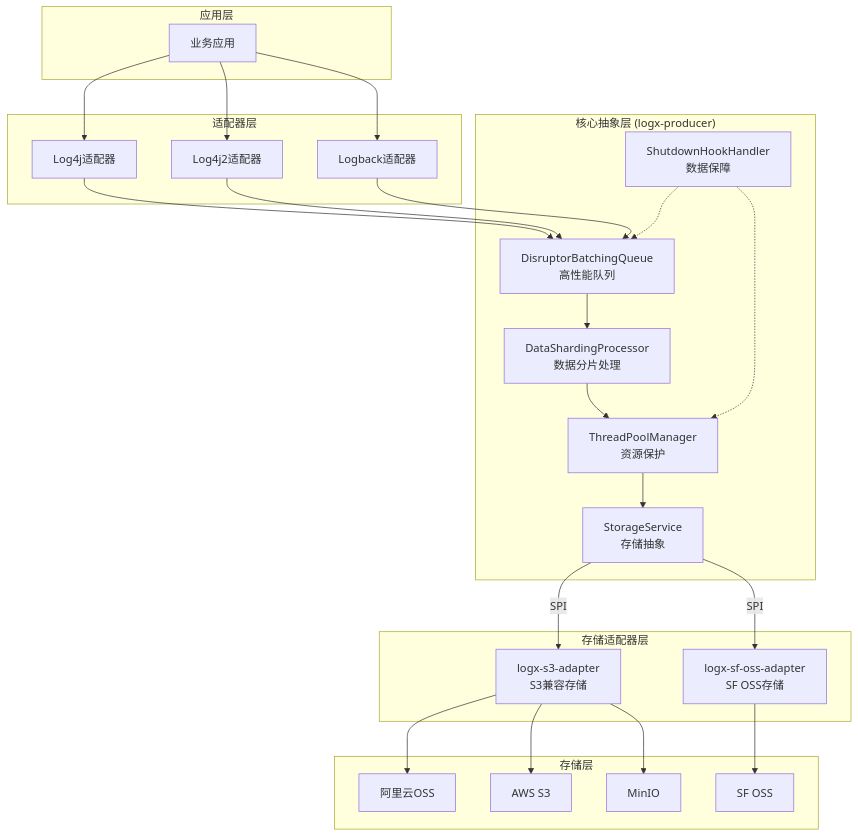
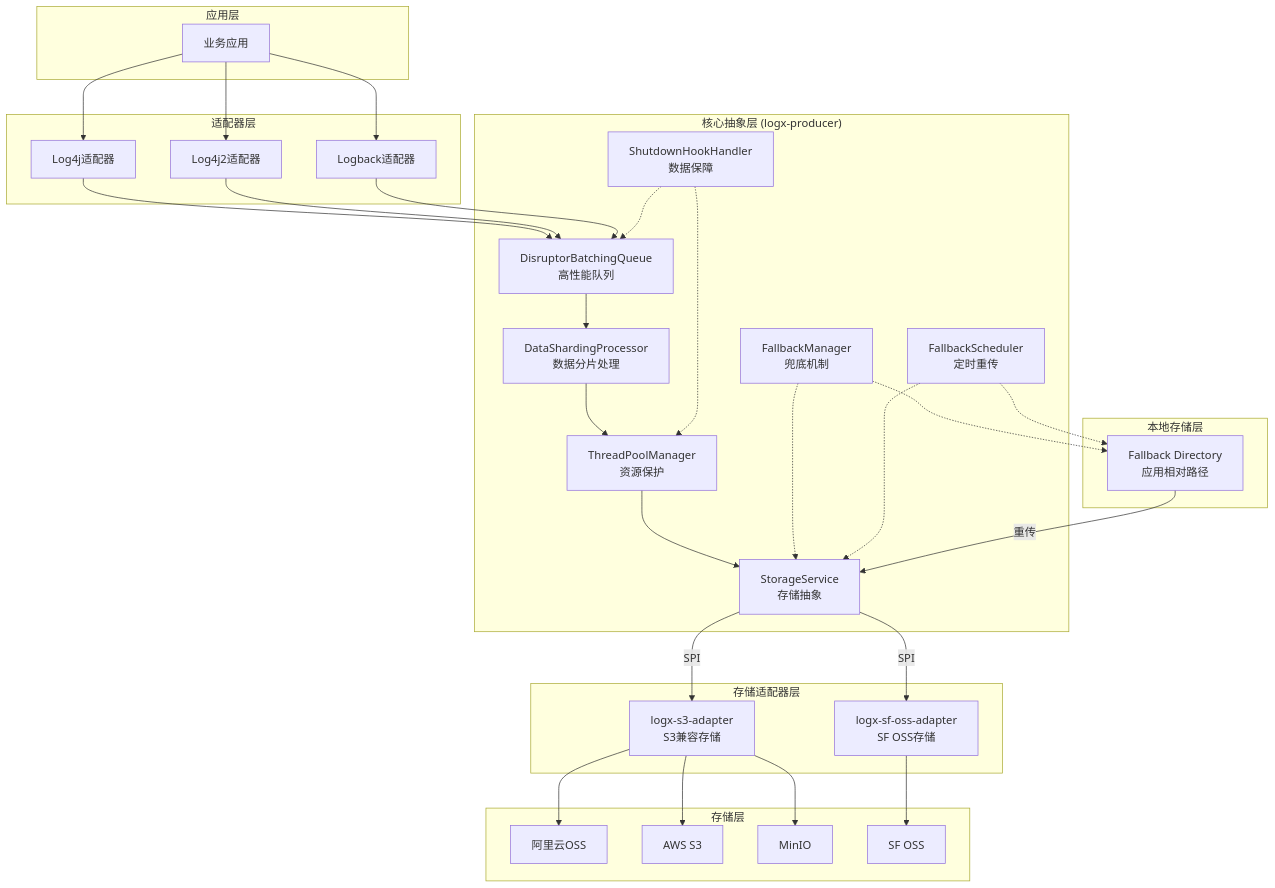
One commit to kzy77/logx-oss-appender changed the first of 3 diagrams in docs/architecture.md. Above: the diagram before and after it, drawn with Mermaid. The commit also changed other lines of this file and 34 other files, not shown here.

````diff
--- a/docs/architecture.md
+++ b/docs/architecture.md
@@ -192,54 +210,65 @@
 ```mermaid
 graph TD
     subgraph "应用层"
         APP[业务应用]
     end
 
     subgraph "适配器层"
         L4J[Log4j适配器]
         L4J2[Log4j2适配器]
         LB[Logback适配器]
     end
 
     subgraph "核心抽象层 (logx-producer)"
         DQ[DisruptorBatchingQueue<br/>高性能队列]
         DSP[DataShardingProcessor<br/>数据分片处理]
         TP[ThreadPoolManager<br/>资源保护]
         SH[ShutdownHookHandler<br/>数据保障]
         SS[StorageService<br/>存储抽象]
+        FM[FallbackManager<br/>兜底机制]
+        FS[FallbackScheduler<br/>定时重传]
     end
     
     subgraph "存储适配器层"
         S3A[logx-s3-adapter<br/>S3兼容存储]
         SFOA[logx-sf-oss-adapter<br/>SF OSS存储]
+    end
+
+    subgraph "本地存储层"
+        FD[Fallback Directory<br/>应用相对路径]
     end
 
     subgraph "存储层"
         OSS[阿里云OSS]
         S3[AWS S3]
         MIN[MinIO]
         SFO[SF OSS]
     end
 
     APP --> L4J
     APP --> L4J2
     APP --> LB
 
     L4J --> DQ
     L4J2 --> DQ
     LB --> DQ
 
     DQ --> DSP
     DSP --> TP
     TP --> SS
     SH -.-> DQ
     SH -.-> TP
+    FM -.-> SS
+    FM -.-> FD
+    FS -.-> FD
+    FS -.-> SS
 
     SS -- SPI --> S3A
     SS -- SPI --> SFOA
 
     S3A --> OSS
     S3A --> S3
     S3A --> MIN
     SFOA --> SFO
+    FD -- 重传 --> SS
 ```
````
